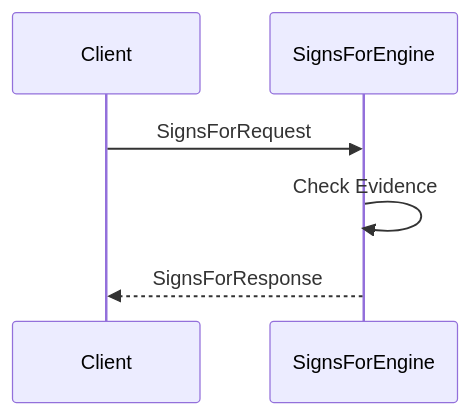
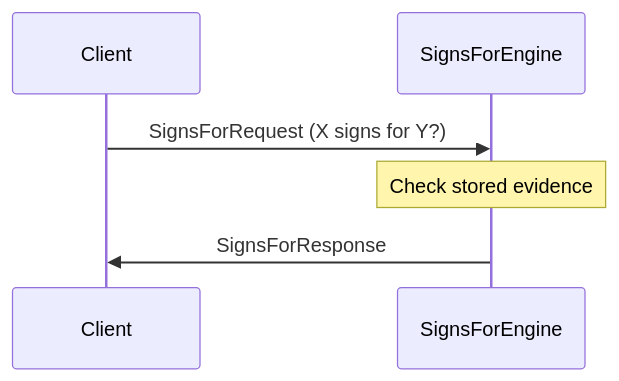
The second of 3 diagrams in docs/node_architecture/engines/signs_for_overview.juvix.md (anoma/nspec), drawn with Mermaid before and after one commit. The commit also changed other lines of this file and 9 other files, not shown here.

Commit message:
Clearn up sequence diagrams

````diff
--- a/docs/node_architecture/engines/signs_for_overview.juvix.md
+++ b/docs/node_architecture/engines/signs_for_overview.juvix.md
@@ -156,9 +177,9 @@
 ```mermaid
 sequenceDiagram
     participant Client
     participant SignsForEngine
 
-    Client ->> SignsForEngine: SignsForRequest
-    SignsForEngine ->> SignsForEngine: Check Evidence
-    SignsForEngine -->> Client: SignsForResponse
+    Client->>SignsForEngine: SignsForRequest (X signs for Y?)
+    Note over SignsForEngine: Check stored evidence
+    SignsForEngine->>Client: SignsForResponse
 ```
````
